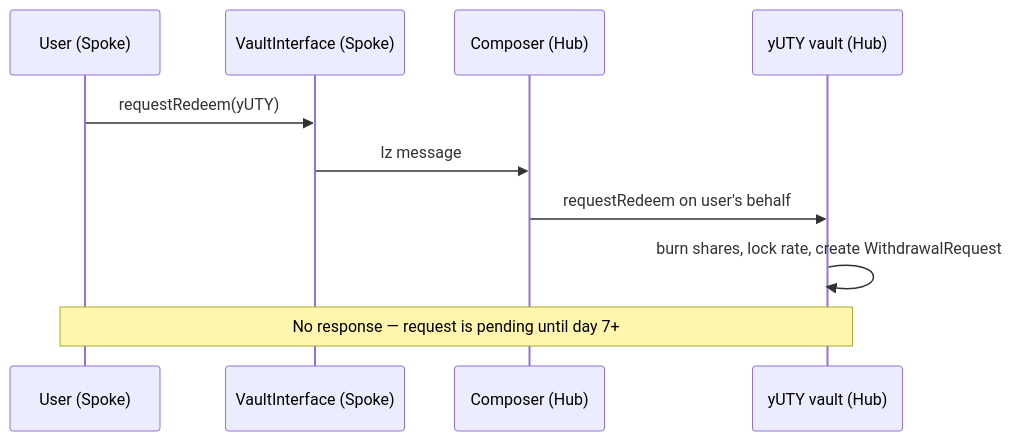
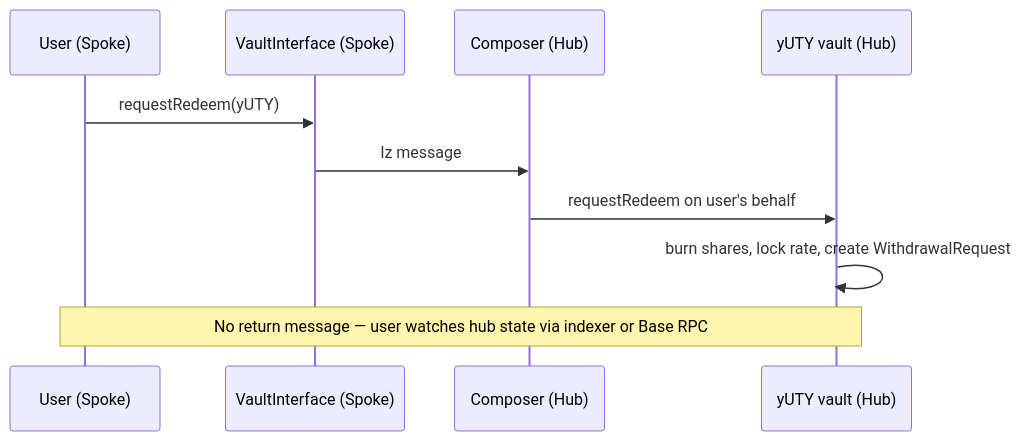
The fifth of 6 diagrams in protocol/architecture/flows.mdx (XSY-Labs/docs), drawn with Mermaid before and after one commit. The commit also changed other lines of this file and 2 other files, not shown here.

First line of the commit message:
docs(protocol): update redemption flows to match current config

````diff
--- a/protocol/architecture/flows.mdx
+++ b/protocol/architecture/flows.mdx
@@ -127,13 +128,13 @@
 ```mermaid
 sequenceDiagram
   participant User as User (Spoke)
   participant VI as VaultInterface (Spoke)
   participant Composer as Composer (Hub)
   participant Vault as yUTY vault (Hub)
 
   User->>VI: requestRedeem(yUTY)
   VI->>Composer: lz message
   Composer->>Vault: requestRedeem on user's behalf
   Vault->>Vault: burn shares, lock rate, create WithdrawalRequest
-  Note over User,Vault: No response — request is pending until day 7+
+  Note over User,Vault: No return message — user watches hub state via indexer or Base RPC
 ```
````
